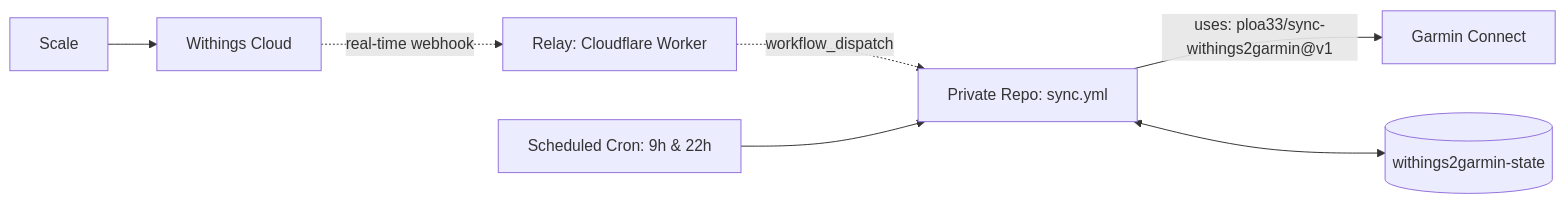
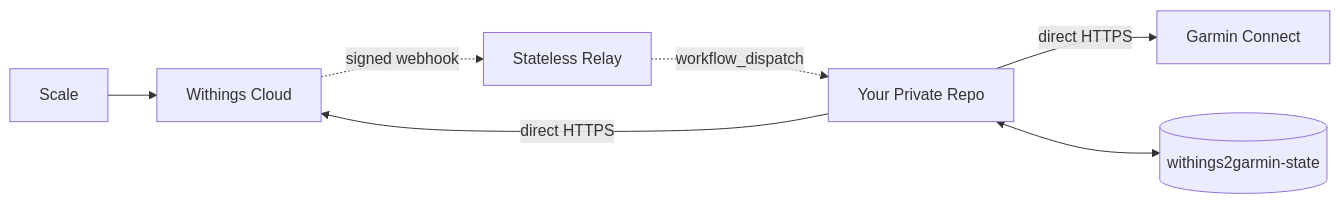
The diagram in README.md (actions-marketplace-validations/ploa33_sync-withings2garmin), drawn with Mermaid before and after one commit. The commit also changed other lines of this file and 6 other files, not shown here.

Commit message:
docs & security: minimalist setup guide, harden relay (XSS/OIDC/headers/no-logs), and streamline sync.yml

````diff
--- a/README.md
+++ b/README.md
@@ -121,9 +82,9 @@
 ```mermaid
 flowchart LR
   S[Scale] --> W[Withings Cloud]
-  W -. real-time webhook .-> R[Relay: Cloudflare Worker]
-  R -. workflow_dispatch .-> A[Private Repo: sync.yml]
-  C[Scheduled Cron: 9h & 22h] --> A
-  A -- uses: ploa33/sync-withings2garmin@v1 --> M[Garmin Connect]
+  W -. signed webhook .-> R[Stateless Relay]
+  R -. workflow_dispatch .-> A[Your Private Repo]
+  A -- direct HTTPS --> W
+  A -- direct HTTPS --> M[Garmin Connect]
   A <--> B[(withings2garmin-state)]
 ```
````
